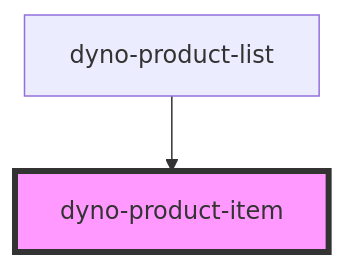
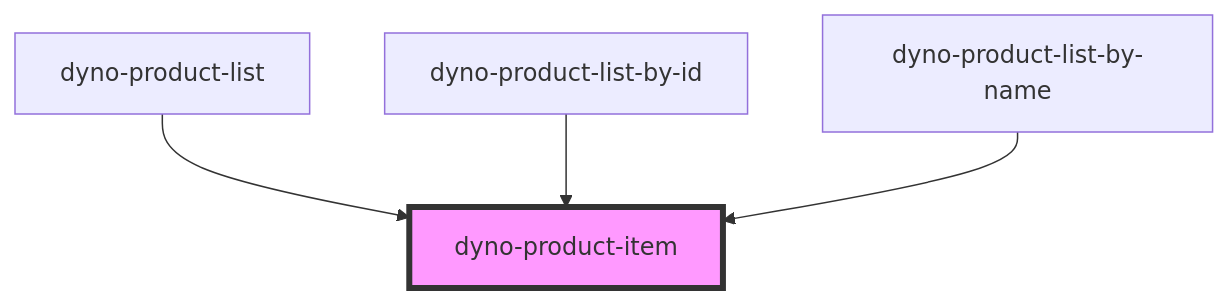
One commit to viktordanko/dynoptic-components-monorepo changed the diagram in dynoptic-web-components/src/components/dyno-product-item/readme.md. Above: the diagram before and after it, drawn with Mermaid. The commit also changed other lines of this file and 15 other files, not shown here.

````diff
--- a/dynoptic-web-components/src/components/dyno-product-item/readme.md
+++ b/dynoptic-web-components/src/components/dyno-product-item/readme.md
@@ -23,5 +25,7 @@
 ```mermaid
 graph TD;
   dyno-product-list --> dyno-product-item
+  dyno-product-list-by-id --> dyno-product-item
+  dyno-product-list-by-name --> dyno-product-item
   style dyno-product-item fill:#f9f,stroke:#333,stroke-width:4px
 ```
````
